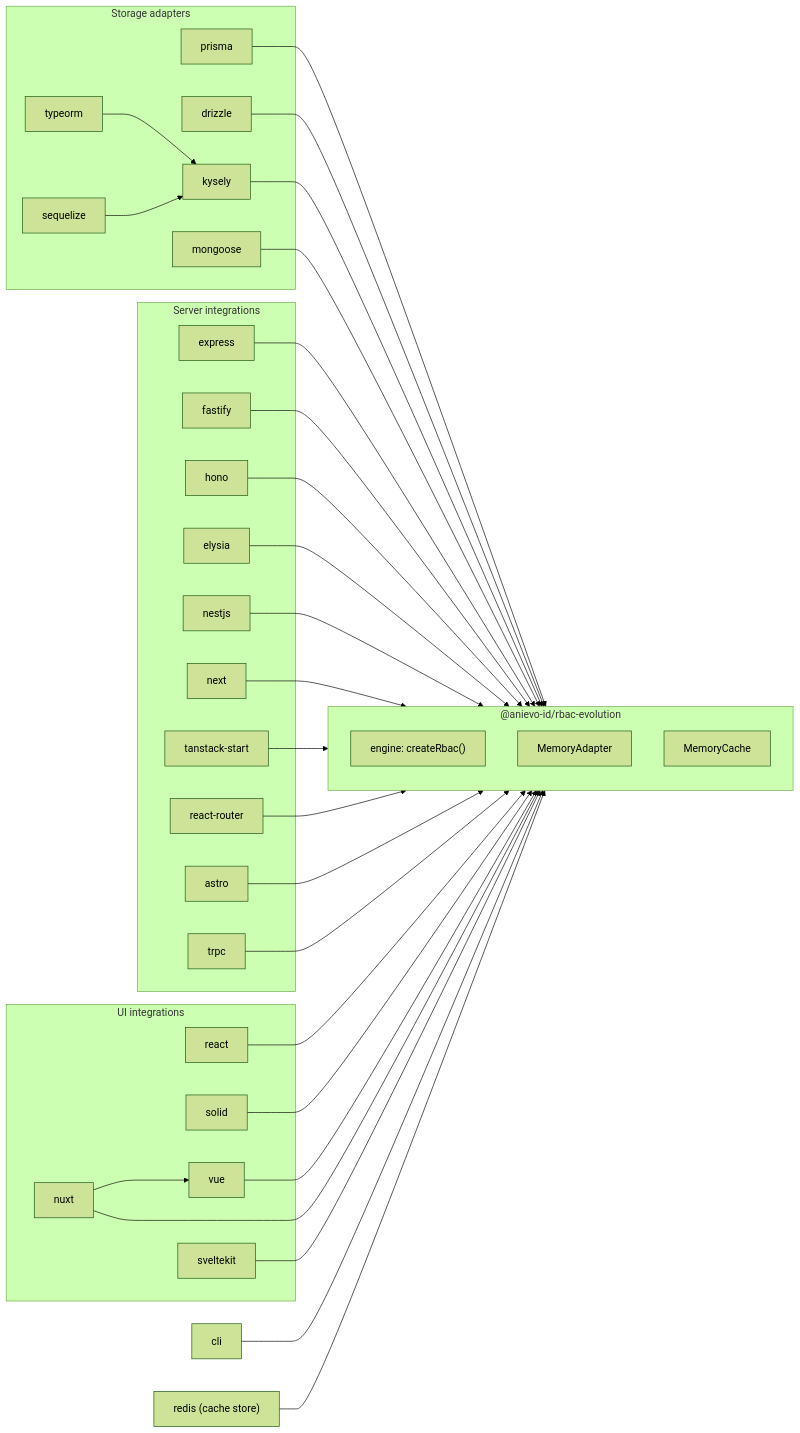
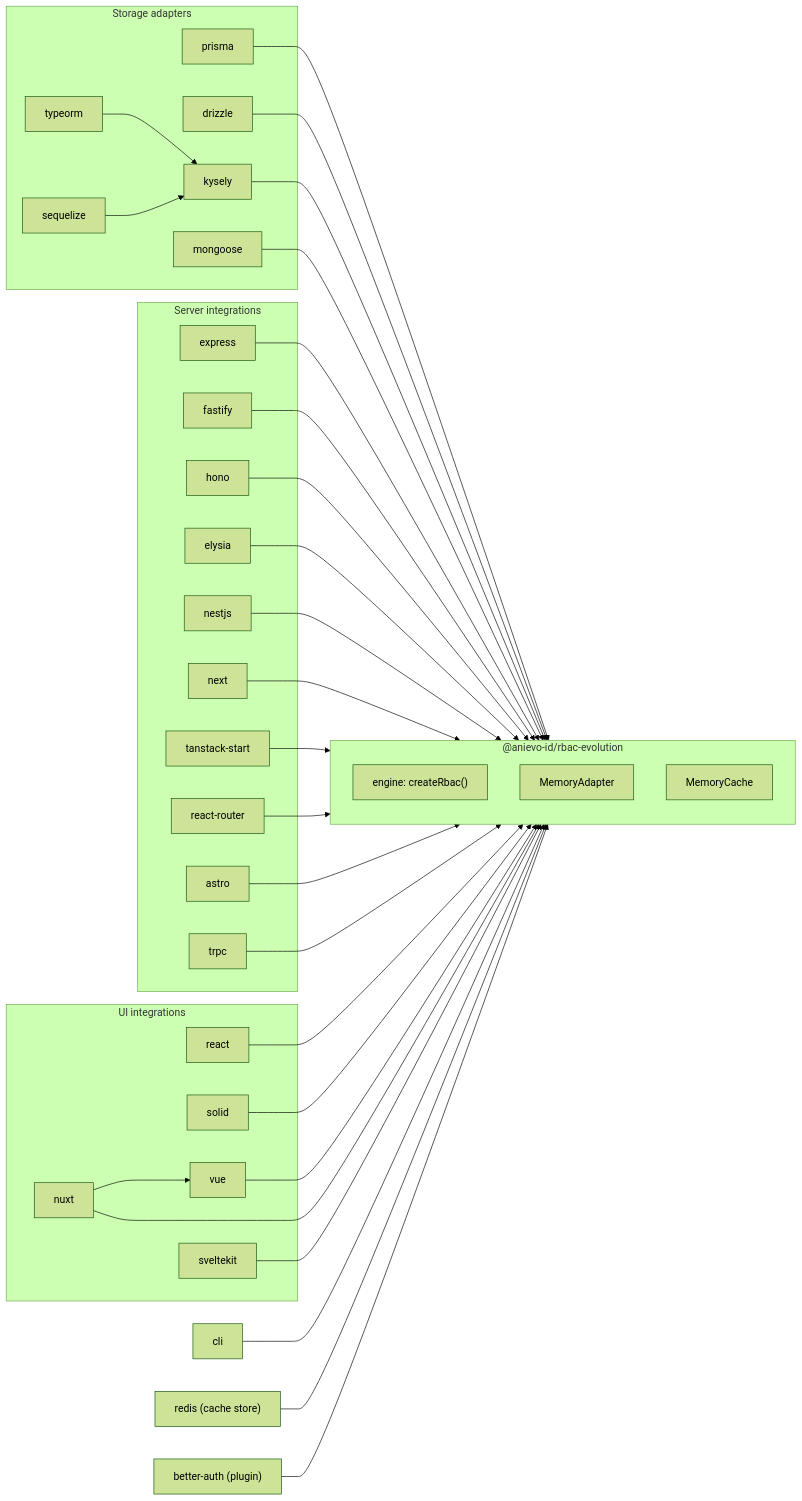
One commit to AniEvo-ID/rbac-evolution changed the first of 8 diagrams in docs/guide/how-it-works.md. Above: the diagram before and after it, drawn with Mermaid (forest theme). The commit also changed other lines of this file and 27 other files, not shown here.

First line of the commit message:
feat(better-auth): add the Better Auth plugin (new package), and a Clerk recipe (#121)

````diff
--- a/docs/guide/how-it-works.md
+++ b/docs/guide/how-it-works.md
@@ -17,66 +17,68 @@
 ```mermaid
 flowchart LR
   subgraph adapters["Storage adapters"]
     prisma["prisma"]
     drizzle["drizzle"]
     kysely["kysely"]
     typeorm["typeorm"]
     sequelize["sequelize"]
     mongoose["mongoose"]
   end
 
   subgraph core["@anievo-id/rbac-evolution"]
     engine["engine: createRbac()"]
     memory["MemoryAdapter"]
     cache["MemoryCache"]
   end
 
   subgraph server["Server integrations"]
     express["express"]
     fastify["fastify"]
     hono["hono"]
     elysia["elysia"]
     nestjs["nestjs"]
     next["next"]
     tanstack["tanstack-start"]
     reactrouter["react-router"]
     astro["astro"]
     trpc["trpc"]
   end
 
   subgraph ui["UI integrations"]
     react["react"]
     solid["solid"]
     vue["vue"]
     nuxt["nuxt"]
     sveltekit["sveltekit"]
   end
 
   cli["cli"]
   redis["redis (cache store)"]
+  betterauth["better-auth (plugin)"]
 
   prisma --> core
   drizzle --> core
   kysely --> core
   typeorm --> kysely
   sequelize --> kysely
   mongoose --> core
   express --> core
   fastify --> core
   hono --> core
   elysia --> core
   nestjs --> core
   next --> core
   tanstack --> core
   reactrouter --> core
   astro --> core
   trpc --> core
   react --> core
   solid --> core
   vue --> core
   nuxt --> core
   nuxt --> vue
   sveltekit --> core
   cli --> core
   redis --> core
+  betterauth --> core
 ```
````
